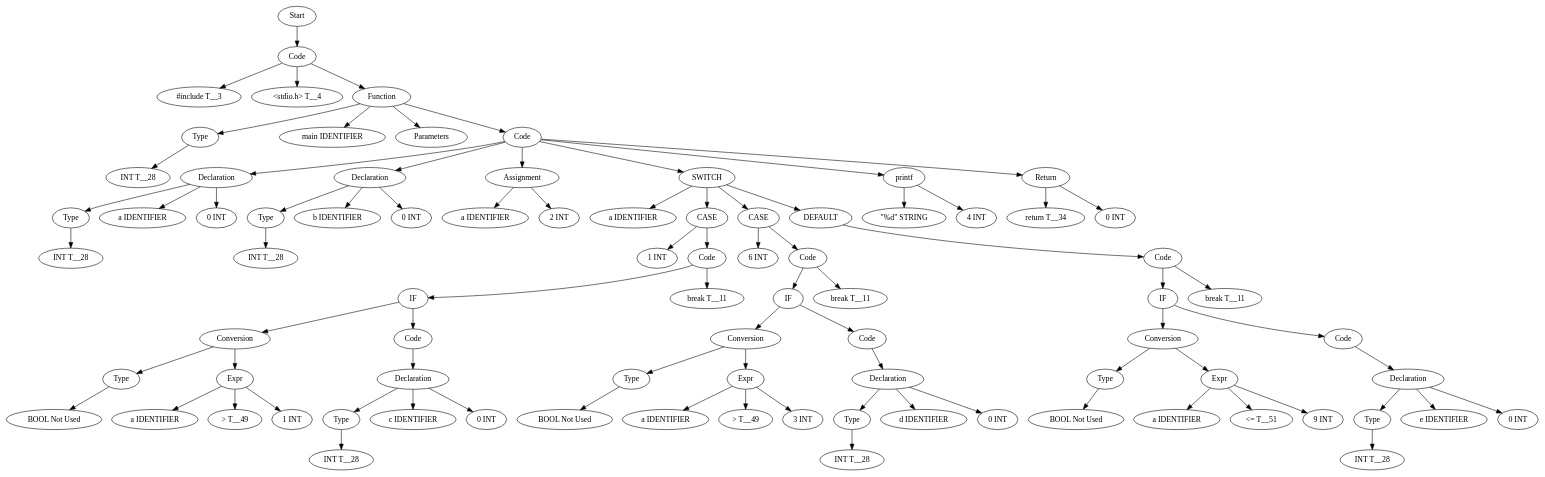
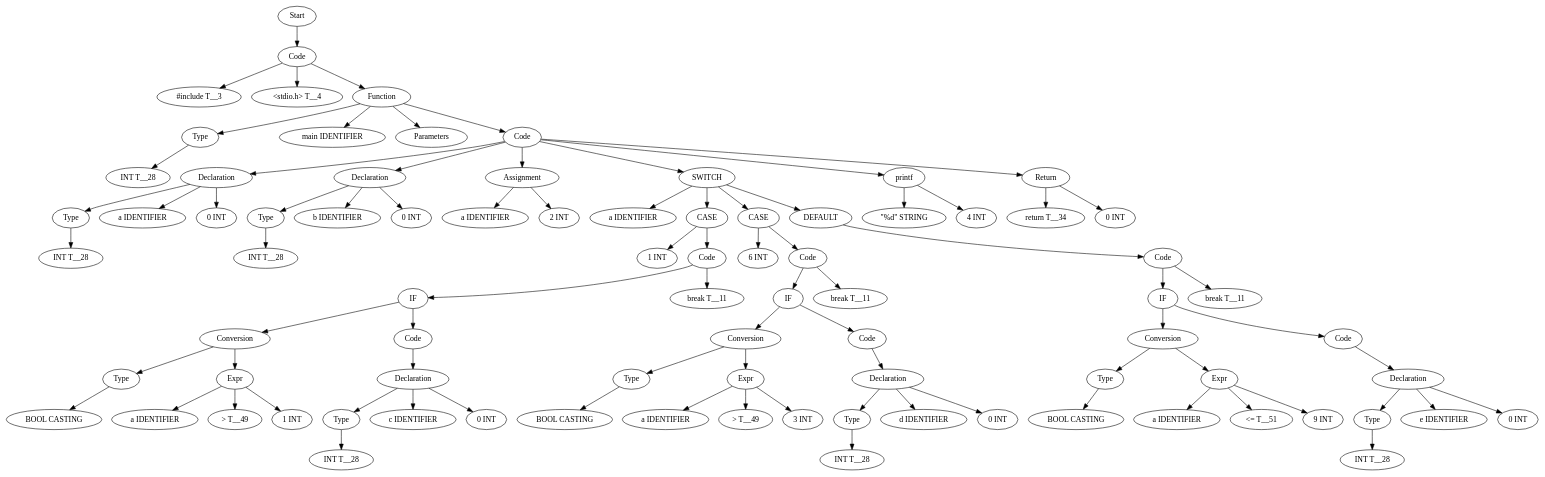
The diagram in TestCases/ASTTests/SwitchTests/createTests/read_file_before.dot (Are-you-listening/Compilers), drawn with Graphviz before and after one commit. The commit also changed 316 other files, not shown here.

```diff
--- a/TestCases/ASTTests/SwitchTests/createTests/read_file_before.dot
+++ b/TestCases/ASTTests/SwitchTests/createTests/read_file_before.dot
@@ -1,169 +1,169 @@
 digraph AST {
-  "140082714459248" [label="Start"];
-  "140082714459248" -> "140082714446480";
-  "140082714446480" [label="Code"];
-  "140082714446480" -> "140082714458912";
-  "140082714446480" -> "140082714458768";
-  "140082714446480" -> "140082714451328";
-  "140082714458912" [label="#include T__3"];
-  "140082714458768" [label="<stdio.h> T__4"];
-  "140082714451328" [label="Function"];
-  "140082714451328" -> "140082714459056";
-  "140082714451328" -> "140082714447728";
-  "140082714451328" -> "140082714447104";
-  "140082714451328" -> "140082714631984";
-  "140082714459056" [label="Type"];
-  "140082714459056" -> "140082714446768";
-  "140082714446768" [label="INT T__28"];
-  "140082714447728" [label="main IDENTIFIER"];
-  "140082714447104" [label="Parameters"];
-  "140082714631984" [label="Code"];
-  "140082714631984" -> "140082714626320";
-  "140082714631984" -> "140082714632896";
-  "140082714631984" -> "140082714636112";
-  "140082714631984" -> "140082714630688";
-  "140082714631984" -> "140082714761376";
-  "140082714631984" -> "140082714762864";
-  "140082714626320" [label="Declaration"];
-  "140082714626320" -> "140082714631024";
-  "140082714626320" -> "140082714627760";
-  "140082714626320" -> "140082714635632";
-  "140082714631024" [label="Type"];
-  "140082714631024" -> "140082714630496";
-  "140082714630496" [label="INT T__28"];
-  "140082714627760" [label="a IDENTIFIER"];
-  "140082714635632" [label="0 INT"];
-  "140082714632896" [label="Declaration"];
-  "140082714632896" -> "140082714633664";
-  "140082714632896" -> "140082714632992";
-  "140082714632896" -> "140082714627856";
-  "140082714633664" [label="Type"];
-  "140082714633664" -> "140082714624544";
-  "140082714624544" [label="INT T__28"];
-  "140082714632992" [label="b IDENTIFIER"];
-  "140082714627856" [label="0 INT"];
-  "140082714636112" [label="Assignment"];
-  "140082714636112" -> "140082714630016";
-  "140082714636112" -> "140082714630784";
-  "140082714630016" [label="a IDENTIFIER"];
-  "140082714630784" [label="2 INT"];
-  "140082714630688" [label="SWITCH"];
-  "140082714630688" -> "140082714629536";
-  "140082714630688" -> "140082714630736";
-  "140082714630688" -> "140082714639664";
-  "140082714630688" -> "140082714755952";
-  "140082714629536" [label="a IDENTIFIER"];
-  "140082714630736" [label="CASE"];
-  "140082714630736" -> "140082714624256";
-  "140082714630736" -> "140082714629344";
-  "140082714624256" [label="1 INT"];
-  "140082714629344" [label="Code"];
-  "140082714629344" -> "140082714629440";
-  "140082714629344" -> "140082714639808";
-  "140082714629440" [label="IF"];
-  "140082714629440" -> "140082714766080";
-  "140082714629440" -> "140082714636784";
-  "140082714766080" [label="Conversion"];
-  "140082714766080" -> "140082714766128";
-  "140082714766080" -> "140082714628480";
-  "140082714766128" [label="Type"];
-  "140082714766128" -> "140082714766176";
-  "140082714766176" [label="BOOL Not Used"];
-  "140082714628480" [label="Expr"];
-  "140082714628480" -> "140082714624112";
-  "140082714628480" -> "140082714635824";
-  "140082714628480" -> "140082714638608";
-  "140082714624112" [label="a IDENTIFIER"];
-  "140082714635824" [label="> T__49"];
-  "140082714638608" [label="1 INT"];
-  "140082714636784" [label="Code"];
-  "140082714636784" -> "140082714636640";
-  "140082714636640" [label="Declaration"];
-  "140082714636640" -> "140082714635104";
-  "140082714636640" -> "140082714624784";
-  "140082714636640" -> "140082714638992";
-  "140082714635104" [label="Type"];
-  "140082714635104" -> "140082714625552";
-  "140082714625552" [label="INT T__28"];
-  "140082714624784" [label="c IDENTIFIER"];
-  "140082714638992" [label="0 INT"];
-  "140082714639808" [label="break T__11"];
-  "140082714639664" [label="CASE"];
-  "140082714639664" -> "140082714638944";
-  "140082714639664" -> "140082714638848";
-  "140082714638944" [label="6 INT"];
-  "140082714638848" [label="Code"];
-  "140082714638848" -> "140082714636496";
-  "140082714638848" -> "140082714755808";
-  "140082714636496" [label="IF"];
-  "140082714636496" -> "140082714766224";
-  "140082714636496" -> "140082714637264";
-  "140082714766224" [label="Conversion"];
-  "140082714766224" -> "140082714766272";
-  "140082714766224" -> "140082714627040";
-  "140082714766272" [label="Type"];
-  "140082714766272" -> "140082714766320";
-  "140082714766320" [label="BOOL Not Used"];
-  "140082714627040" [label="Expr"];
-  "140082714627040" -> "140082714625216";
-  "140082714627040" -> "140082714625504";
-  "140082714627040" -> "140082714639856";
-  "140082714625216" [label="a IDENTIFIER"];
-  "140082714625504" [label="> T__49"];
-  "140082714639856" [label="3 INT"];
-  "140082714637264" [label="Code"];
-  "140082714637264" -> "140082714638224";
-  "140082714638224" [label="Declaration"];
-  "140082714638224" -> "140082714634624";
-  "140082714638224" -> "140082714625360";
-  "140082714638224" -> "140082714755520";
-  "140082714634624" [label="Type"];
-  "140082714634624" -> "140082714637648";
-  "140082714637648" [label="INT T__28"];
-  "140082714625360" [label="d IDENTIFIER"];
-  "140082714755520" [label="0 INT"];
-  "140082714755808" [label="break T__11"];
-  "140082714755952" [label="DEFAULT"];
-  "140082714755952" -> "140082714756432";
-  "140082714756432" [label="Code"];
-  "140082714756432" -> "140082714756624";
-  "140082714756432" -> "140082714760560";
-  "140082714756624" [label="IF"];
-  "140082714756624" -> "140082714766368";
-  "140082714756624" -> "140082714758544";
-  "140082714766368" [label="Conversion"];
-  "140082714766368" -> "140082714766416";
-  "140082714766368" -> "140082714757104";
-  "140082714766416" [label="Type"];
-  "140082714766416" -> "140082714766464";
-  "140082714766464" [label="BOOL Not Used"];
-  "140082714757104" [label="Expr"];
-  "140082714757104" -> "140082714757680";
-  "140082714757104" -> "140082714757728";
-  "140082714757104" -> "140082714758256";
-  "140082714757680" [label="a IDENTIFIER"];
-  "140082714757728" [label="<= T__51"];
-  "140082714758256" [label="9 INT"];
-  "140082714758544" [label="Code"];
-  "140082714758544" -> "140082714759120";
-  "140082714759120" [label="Declaration"];
-  "140082714759120" -> "140082714759312";
-  "140082714759120" -> "140082714759600";
-  "140082714759120" -> "140082714760272";
-  "140082714759312" [label="Type"];
-  "140082714759312" -> "140082714759504";
-  "140082714759504" [label="INT T__28"];
-  "140082714759600" [label="e IDENTIFIER"];
-  "140082714760272" [label="0 INT"];
-  "140082714760560" [label="break T__11"];
-  "140082714761376" [label="printf"];
-  "140082714761376" -> "140082714761856";
-  "140082714761376" -> "140082714762528";
-  "140082714761856" [label="\"%d\" STRING"];
-  "140082714762528" [label="4 INT"];
-  "140082714762864" [label="Return"];
-  "140082714762864" -> "140082714763056";
-  "140082714762864" -> "140082714763584";
-  "140082714763056" [label="return T__34"];
-  "140082714763584" [label="0 INT"];
+  "128989476827536" [label="Start"];
+  "128989476827536" -> "128989476816928";
+  "128989476816928" [label="Code"];
+  "128989476816928" -> "128989476830800";
+  "128989476816928" -> "128989476829312";
+  "128989476816928" -> "128989476827776";
+  "128989476830800" [label="#include T__3"];
+  "128989476829312" [label="<stdio.h> T__4"];
+  "128989476827776" [label="Function"];
+  "128989476827776" -> "128989476828880";
+  "128989476827776" -> "128989476827248";
+  "128989476827776" -> "128989476829744";
+  "128989476827776" -> "128989476829792";
+  "128989476828880" [label="Type"];
+  "128989476828880" -> "128989476826912";
+  "128989476826912" [label="INT T__28"];
+  "128989476827248" [label="main IDENTIFIER"];
+  "128989476829744" [label="Parameters"];
+  "128989476829792" [label="Code"];
+  "128989476829792" -> "128989476828592";
+  "128989476829792" -> "128989476824416";
+  "128989476829792" -> "128989476829984";
+  "128989476829792" -> "128989476777664";
+  "128989476829792" -> "128989477110976";
+  "128989476829792" -> "128989477112464";
+  "128989476828592" [label="Declaration"];
+  "128989476828592" -> "128989476828544";
+  "128989476828592" -> "128989476823168";
+  "128989476828592" -> "128989476820288";
+  "128989476828544" [label="Type"];
+  "128989476828544" -> "128989476829264";
+  "128989476829264" [label="INT T__28"];
+  "128989476823168" [label="a IDENTIFIER"];
+  "128989476820288" [label="0 INT"];
+  "128989476824416" [label="Declaration"];
+  "128989476824416" -> "128989476824560";
+  "128989476824416" -> "128989476824608";
+  "128989476824416" -> "128989476826336";
+  "128989476824560" [label="Type"];
+  "128989476824560" -> "128989476824464";
+  "128989476824464" [label="INT T__28"];
+  "128989476824608" [label="b IDENTIFIER"];
+  "128989476826336" [label="0 INT"];
+  "128989476829984" [label="Assignment"];
+  "128989476829984" -> "128989476777808";
+  "128989476829984" -> "128989476775456";
+  "128989476777808" [label="a IDENTIFIER"];
+  "128989476775456" [label="2 INT"];
+  "128989476777664" [label="SWITCH"];
+  "128989476777664" -> "128989476999552";
+  "128989476777664" -> "128989476997680";
+  "128989476777664" -> "128989477005120";
+  "128989476777664" -> "128989477007184";
+  "128989476999552" [label="a IDENTIFIER"];
+  "128989476997680" [label="CASE"];
+  "128989476997680" -> "128989476999648";
+  "128989476997680" -> "128989476998880";
+  "128989476999648" [label="1 INT"];
+  "128989476998880" [label="Code"];
+  "128989476998880" -> "128989476995568";
+  "128989476998880" -> "128989477005072";
+  "128989476995568" [label="IF"];
+  "128989476995568" -> "128989477115680";
+  "128989476995568" -> "128989476995616";
+  "128989477115680" [label="Conversion"];
+  "128989477115680" -> "128989477115728";
+  "128989477115680" -> "128989476998592";
+  "128989477115728" [label="Type"];
+  "128989477115728" -> "128989477115776";
+  "128989477115776" [label="BOOL CASTING"];
+  "128989476998592" [label="Expr"];
+  "128989476998592" -> "128989476998064";
+  "128989476998592" -> "128989476996816";
+  "128989476998592" -> "128989476995328";
+  "128989476998064" [label="a IDENTIFIER"];
+  "128989476996816" [label="> T__49"];
+  "128989476995328" [label="1 INT"];
+  "128989476995616" [label="Code"];
+  "128989476995616" -> "128989477004304";
+  "128989477004304" [label="Declaration"];
+  "128989477004304" -> "128989477003248";
+  "128989477004304" -> "128989477001904";
+  "128989477004304" -> "128989477005408";
+  "128989477003248" [label="Type"];
+  "128989477003248" -> "128989477001472";
+  "128989477001472" [label="INT T__28"];
+  "128989477001904" [label="c IDENTIFIER"];
+  "128989477005408" [label="0 INT"];
+  "128989477005072" [label="break T__11"];
+  "128989477005120" [label="CASE"];
+  "128989477005120" -> "128989477002480";
+  "128989477005120" -> "128989477004544";
+  "128989477002480" [label="6 INT"];
+  "128989477004544" [label="Code"];
+  "128989477004544" -> "128989477001856";
+  "128989477004544" -> "128989477007040";
+  "128989477001856" [label="IF"];
+  "128989477001856" -> "128989477115824";
+  "128989477001856" -> "128989477004352";
+  "128989477115824" [label="Conversion"];
+  "128989477115824" -> "128989477115872";
+  "128989477115824" -> "128989477002864";
+  "128989477115872" [label="Type"];
+  "128989477115872" -> "128989477115920";
+  "128989477115920" [label="BOOL CASTING"];
+  "128989477002864" [label="Expr"];
+  "128989477002864" -> "128989477005984";
+  "128989477002864" -> "128989477005936";
+  "128989477002864" -> "128989477000896";
+  "128989477005984" [label="a IDENTIFIER"];
+  "128989477005936" [label="> T__49"];
+  "128989477000896" [label="3 INT"];
+  "128989477004352" [label="Code"];
+  "128989477004352" -> "128989477000944";
+  "128989477000944" [label="Declaration"];
+  "128989477000944" -> "128989476999360";
+  "128989477000944" -> "128989477003104";
+  "128989477000944" -> "128989477006752";
+  "128989476999360" [label="Type"];
+  "128989476999360" -> "128989477000464";
+  "128989477000464" [label="INT T__28"];
+  "128989477003104" [label="d IDENTIFIER"];
+  "128989477006752" [label="0 INT"];
+  "128989477007040" [label="break T__11"];
+  "128989477007184" [label="DEFAULT"];
+  "128989477007184" -> "128989477007664";
+  "128989477007664" [label="Code"];
+  "128989477007664" -> "128989477007856";
+  "128989477007664" -> "128989477110160";
+  "128989477007856" [label="IF"];
+  "128989477007856" -> "128989477115968";
+  "128989477007856" -> "128989477009776";
+  "128989477115968" [label="Conversion"];
+  "128989477115968" -> "128989477116016";
+  "128989477115968" -> "128989477008336";
+  "128989477116016" [label="Type"];
+  "128989477116016" -> "128989477116064";
+  "128989477116064" [label="BOOL CASTING"];
+  "128989477008336" [label="Expr"];
+  "128989477008336" -> "128989477008912";
+  "128989477008336" -> "128989477008960";
+  "128989477008336" -> "128989477009488";
+  "128989477008912" [label="a IDENTIFIER"];
+  "128989477008960" [label="<= T__51"];
+  "128989477009488" [label="9 INT"];
+  "128989477009776" [label="Code"];
+  "128989477009776" -> "128989477010352";
+  "128989477010352" [label="Declaration"];
+  "128989477010352" -> "128989477010544";
+  "128989477010352" -> "128989477010832";
+  "128989477010352" -> "128989477109872";
+  "128989477010544" [label="Type"];
+  "128989477010544" -> "128989477010736";
+  "128989477010736" [label="INT T__28"];
+  "128989477010832" [label="e IDENTIFIER"];
+  "128989477109872" [label="0 INT"];
+  "128989477110160" [label="break T__11"];
+  "128989477110976" [label="printf"];
+  "128989477110976" -> "128989477111456";
+  "128989477110976" -> "128989477112128";
+  "128989477111456" [label="\"%d\" STRING"];
+  "128989477112128" [label="4 INT"];
+  "128989477112464" [label="Return"];
+  "128989477112464" -> "128989477112656";
+  "128989477112464" -> "128989477113184";
+  "128989477112656" [label="return T__34"];
+  "128989477113184" [label="0 INT"];
 }
```
